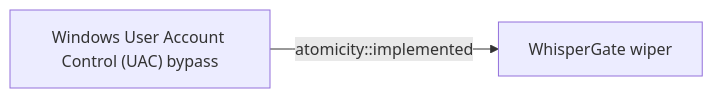
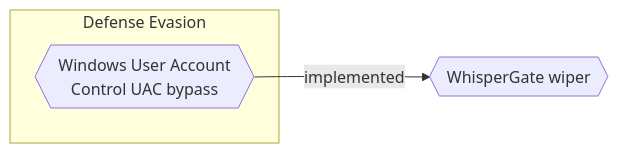
The diagram in docs/threats/windows-user-account-control-uac-bypass.md (opentidehq/library), drawn with Mermaid before and after one commit. The commit also changed other lines of this file and 540 other files, not shown here.

````diff
--- a/docs/threats/windows-user-account-control-uac-bypass.md
+++ b/docs/threats/windows-user-account-control-uac-bypass.md
@@ -121,6 +137,8 @@
 ```mermaid
 flowchart LR
-d5add960_1b86_41d4_869a_1defd392c8f9["Windows User Account Control (UAC) bypass"]
-68ab86f6_378d_4371_ad01_6209fb95d57d["WhisperGate wiper"]
-d5add960_1b86_41d4_869a_1defd392c8f9 -->|atomicity::implemented| 68ab86f6_378d_4371_ad01_6209fb95d57d
+subgraph "Defense Evasion"
+d5add960_1b86_41d4_869a_1defd392c8f9{{"Windows User Account<br>Control UAC bypass"}}
+end
+68ab86f6_378d_4371_ad01_6209fb95d57d{{"WhisperGate wiper"}}
+d5add960_1b86_41d4_869a_1defd392c8f9 -->|implemented| 68ab86f6_378d_4371_ad01_6209fb95d57d
 ```
````
